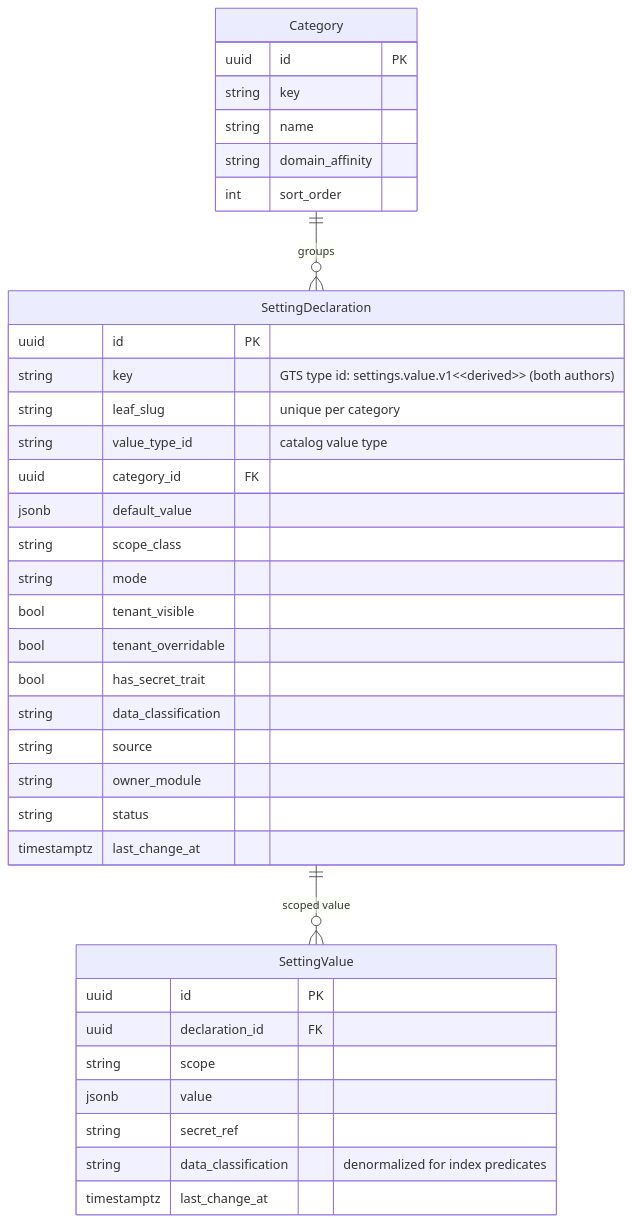
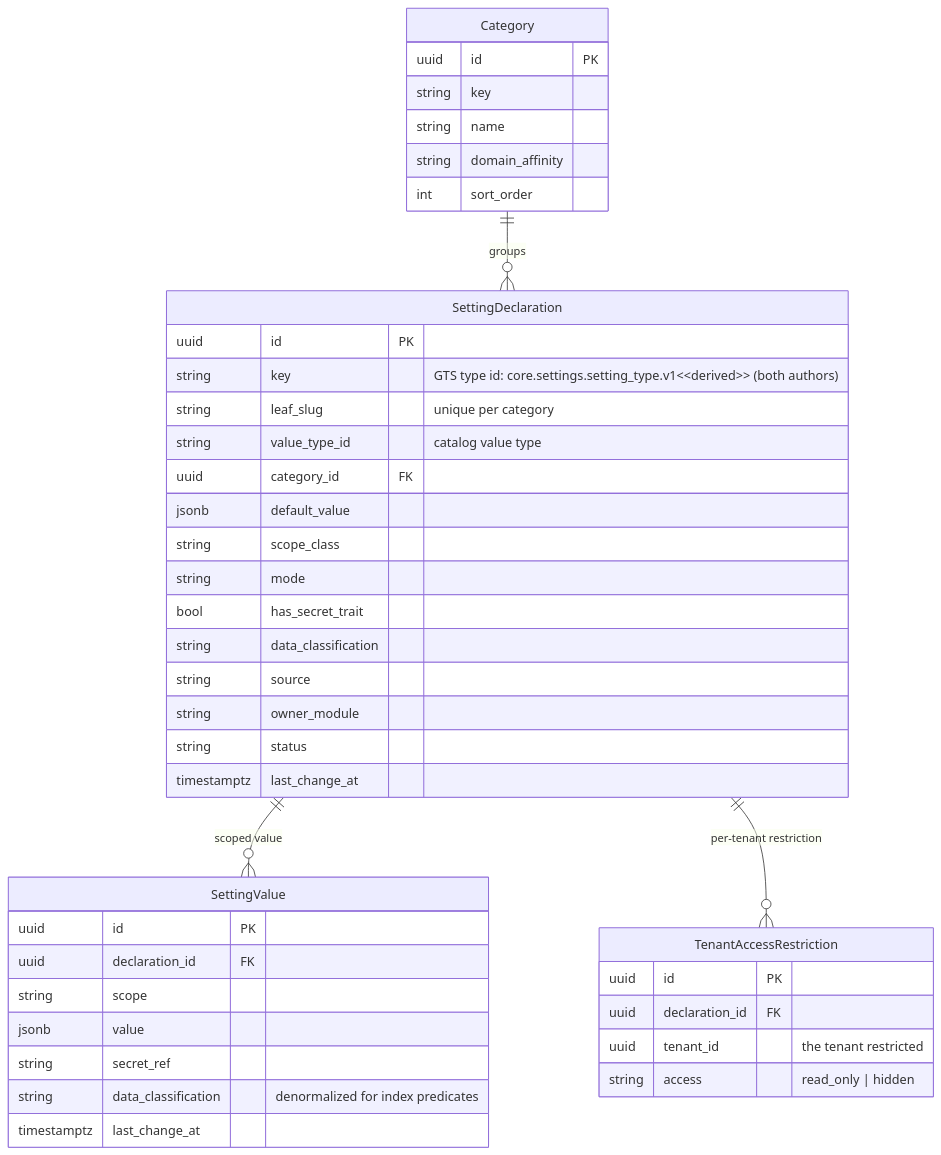
Before and after one commit to constructorfabric/gears-rust: the third of 7 diagrams in gears/settings-service/docs/DESIGN.md, drawn with Mermaid. The commit also changed other lines of this file and 3 other files, not shown here.

````diff
--- a/gears/settings-service/docs/DESIGN.md
+++ b/gears/settings-service/docs/DESIGN.md
@@ -620,40 +652,45 @@
 ```mermaid
 erDiagram
  Category ||--o{ SettingDeclaration : "groups"
  SettingDeclaration ||--o{ SettingValue : "scoped value"
+ SettingDeclaration ||--o{ TenantAccessRestriction : "per-tenant restriction"
 
  Category {
  uuid id PK
  string key
  string name
  string domain_affinity
  int sort_order
  }
  SettingDeclaration {
  uuid id PK
- string key "GTS type id: settings.value.v1~<derived>~ (both authors)"
+ string key "GTS type id: core.settings.setting_type.v1~<derived>~ (both authors)"
  string leaf_slug "unique per category"
  string value_type_id "catalog value type"
  uuid category_id FK
  jsonb default_value
  string scope_class
  string mode
- bool tenant_visible
- bool tenant_overridable
  bool has_secret_trait
  string data_classification
  string source
  string owner_module
  string status
  timestamptz last_change_at
  }
  SettingValue {
  uuid id PK
  uuid declaration_id FK
  string scope
  jsonb value
  string secret_ref
  string data_classification "denormalized for index predicates"
  timestamptz last_change_at
  }
+ TenantAccessRestriction {
+ uuid id PK
+ uuid declaration_id FK
+ uuid tenant_id "the tenant restricted"
+ string access "read_only | hidden"
+ }
 ```
````
